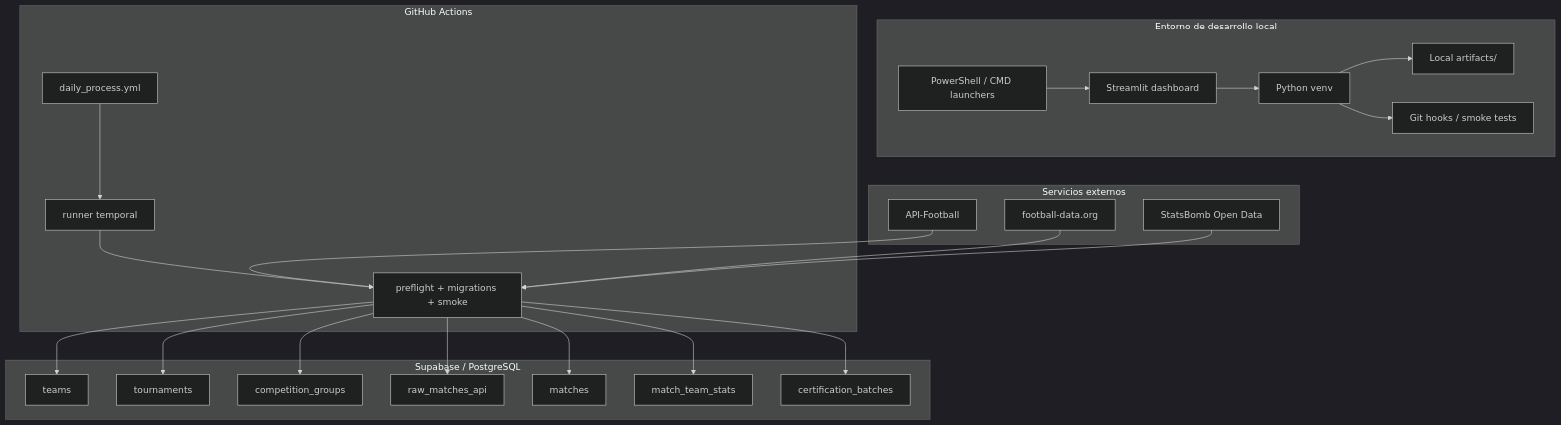
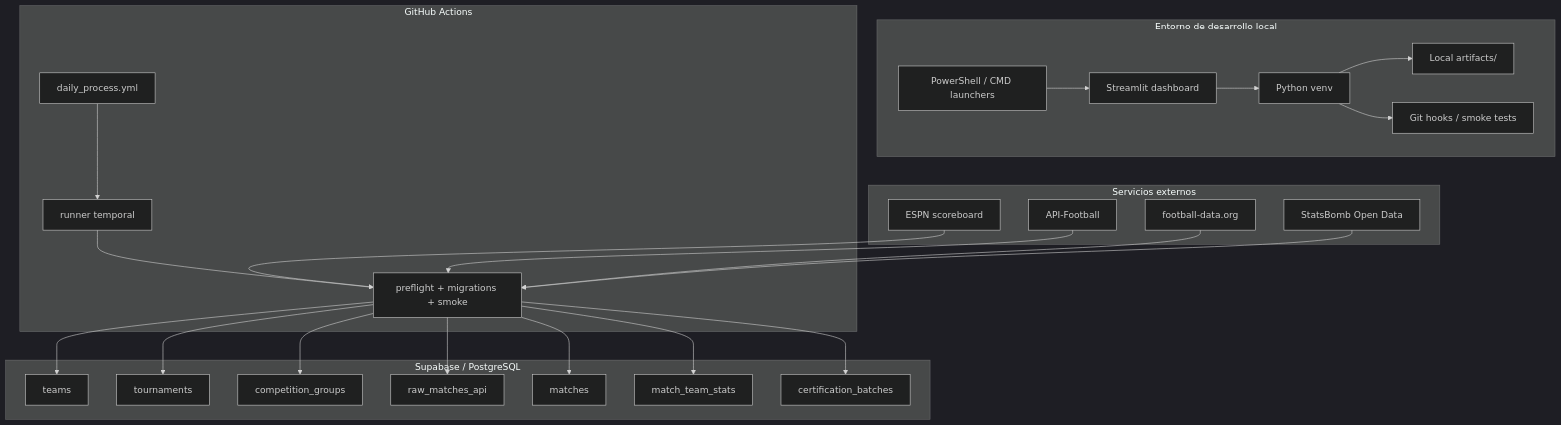
One commit to julianhr-ops/alttez-predictive changed the fourth of 4 diagrams in docs/uml/alttez_phase2.md. Above: the diagram before and after it, drawn with Mermaid (dark theme). The commit also changed other lines of this file and 147 other files, not shown here.

````diff
--- a/docs/uml/alttez_phase2.md
+++ b/docs/uml/alttez_phase2.md
@@ -333,50 +337,52 @@
 ```mermaid
 flowchart TB
     subgraph Dev["Entorno de desarrollo local"]
         L1[PowerShell / CMD launchers]
         L2[Streamlit dashboard]
         L3[Python venv]
         L4[Local artifacts/]
         L5[Git hooks / smoke tests]
     end
 
     subgraph CI["GitHub Actions"]
         C1[daily_process.yml]
         C2[runner temporal]
         C3[preflight + migrations + smoke]
     end
 
     subgraph Data["Supabase / PostgreSQL"]
         D1[teams]
         D2[tournaments]
         D3[competition_groups]
         D4[raw_matches_api]
         D5[matches]
         D6[match_team_stats]
         D7[certification_batches]
     end
 
     subgraph Ext["Servicios externos"]
+        E0[ESPN scoreboard]
         E1[API-Football]
         E2[football-data.org]
         E3[StatsBomb Open Data]
     end
 
     L1 --> L2
     L2 --> L3
     L3 --> L4
     L3 --> L5
 
     C1 --> C2 --> C3
     C3 --> D1
     C3 --> D2
     C3 --> D3
     C3 --> D4
     C3 --> D5
     C3 --> D6
     C3 --> D7
 
+    E0 --> C3
     E1 --> C3
     E2 --> C3
     E3 --> C3
 ```
````
